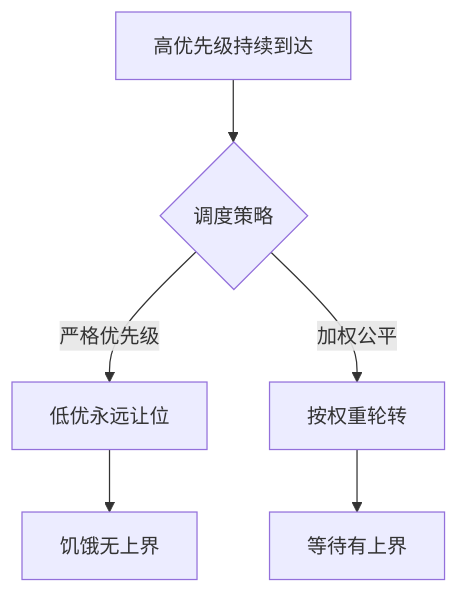
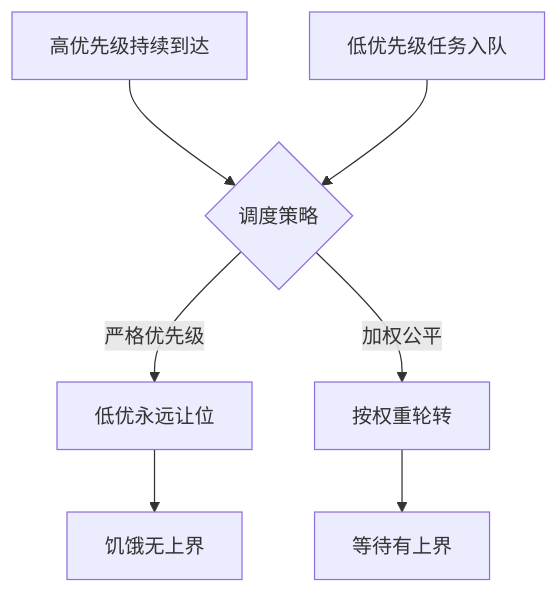
Before and after one commit to hub138/technical-knowledge: the first of 2 diagrams in vault/工程知识/后端系统：在并发、失败与变化中维持服务/任务与并发/调度必须同时处理优先级、公平与背压.md, drawn with Mermaid. The commit also changed other lines of this file and 622 other files, not shown here.

````diff
--- a/vault/工程知识/后端系统：在并发、失败与变化中维持服务/任务与并发/调度必须同时处理优先级、公平与背压.md
+++ b/vault/工程知识/后端系统：在并发、失败与变化中维持服务/任务与并发/调度必须同时处理优先级、公平与背压.md
@@ -75,8 +83,9 @@
 ```mermaid
 graph TD
     H[高优先级持续到达] --> S{调度策略}
+    LP[低优先级任务入队] --> S
     S -->|严格优先级| A[低优永远让位]
     A --> A2[饥饿无上界]
     S -->|加权公平| B[按权重轮转]
     B --> B2[等待有上界]
 ```
````
